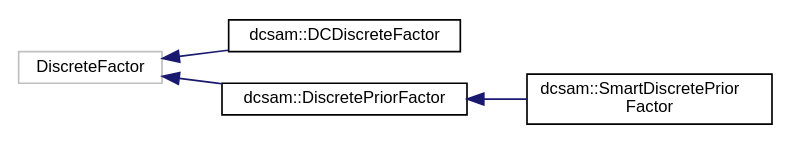
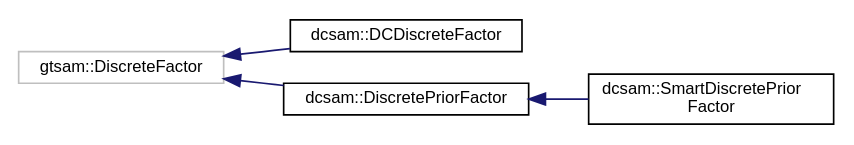
One commit to MarineRoboticsGroup/dcsam changed the diagram in inherit_graph_1.dot. Above: the diagram before and after it, drawn with Graphviz. The commit also changed 230 other files, not shown here.

```diff
--- a/inherit_graph_1.dot
+++ b/inherit_graph_1.dot
@@ -1,14 +1,14 @@
 digraph "Graphical Class Hierarchy"
 {
  // LATEX_PDF_SIZE
   edge [fontname="Helvetica",fontsize="10",labelfontname="Helvetica",labelfontsize="10"];
   node [fontname="Helvetica",fontsize="10",shape=record];
   rankdir="LR";
-  Node15 [label="DiscreteFactor",height=0.2,width=0.4,color="grey75", fillcolor="white", style="filled",tooltip=" "];
-  Node15 -> Node0 [dir="back",color="midnightblue",fontsize="10",style="solid",fontname="Helvetica"];
+  Node4 [label="gtsam::DiscreteFactor",height=0.2,width=0.4,color="grey75", fillcolor="white", style="filled",tooltip=" "];
+  Node4 -> Node0 [dir="back",color="midnightblue",fontsize="10",style="solid",fontname="Helvetica"];
   Node0 [label="dcsam::DCDiscreteFactor",height=0.2,width=0.4,color="black", fillcolor="white", style="filled",URL="$classdcsam_1_1_d_c_discrete_factor.html",tooltip="Implementation of a discrete-continuous factor. This is used internally within the DCSAM solver...."];
-  Node15 -> Node17 [dir="back",color="midnightblue",fontsize="10",style="solid",fontname="Helvetica"];
-  Node17 [label="dcsam::DiscretePriorFactor",height=0.2,width=0.4,color="black", fillcolor="white", style="filled",URL="$classdcsam_1_1_discrete_prior_factor.html",tooltip="Implementation of a discrete prior factor."];
-  Node17 -> Node18 [dir="back",color="midnightblue",fontsize="10",style="solid",fontname="Helvetica"];
-  Node18 [label="dcsam::SmartDiscretePrior\lFactor",height=0.2,width=0.4,color="black", fillcolor="white", style="filled",URL="$classdcsam_1_1_smart_discrete_prior_factor.html",tooltip="Implementation of a \"smart\" updateable discrete prior factor."];
+  Node4 -> Node6 [dir="back",color="midnightblue",fontsize="10",style="solid",fontname="Helvetica"];
+  Node6 [label="dcsam::DiscretePriorFactor",height=0.2,width=0.4,color="black", fillcolor="white", style="filled",URL="$classdcsam_1_1_discrete_prior_factor.html",tooltip="Implementation of a discrete prior factor."];
+  Node6 -> Node7 [dir="back",color="midnightblue",fontsize="10",style="solid",fontname="Helvetica"];
+  Node7 [label="dcsam::SmartDiscretePrior\lFactor",height=0.2,width=0.4,color="black", fillcolor="white", style="filled",URL="$classdcsam_1_1_smart_discrete_prior_factor.html",tooltip="Implementation of a \"smart\" updateable discrete prior factor."];
 }
```
